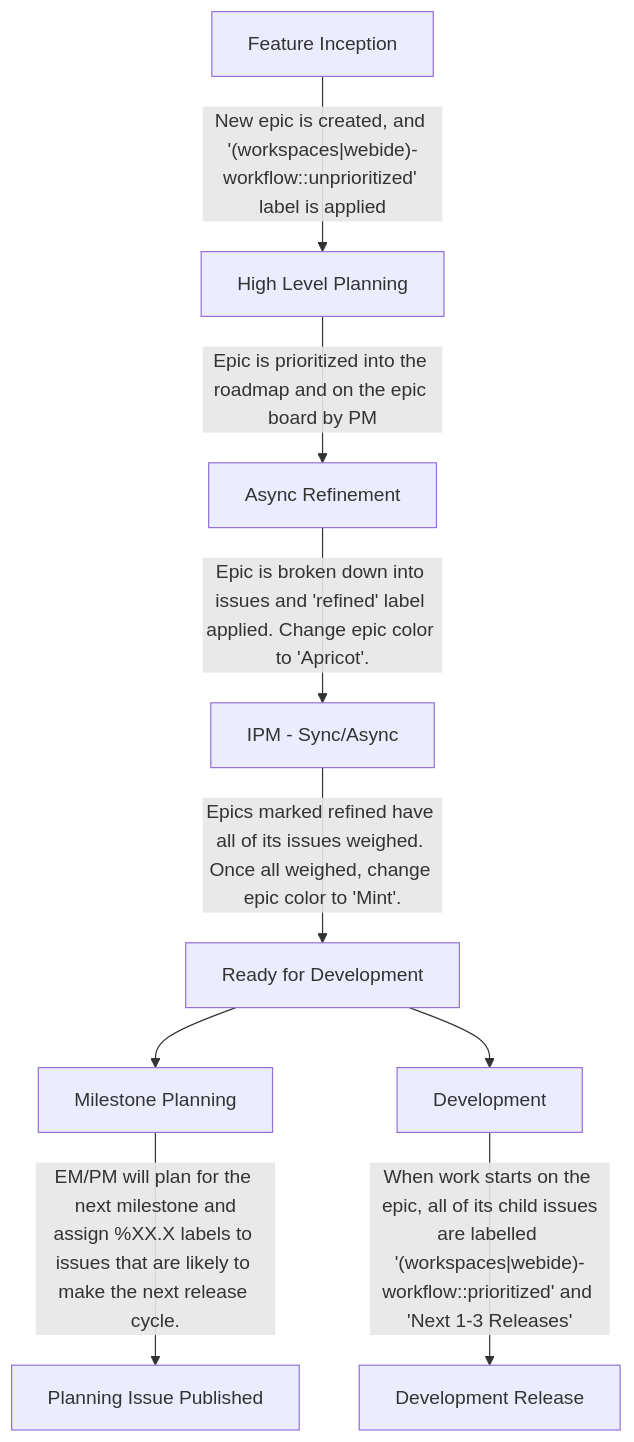
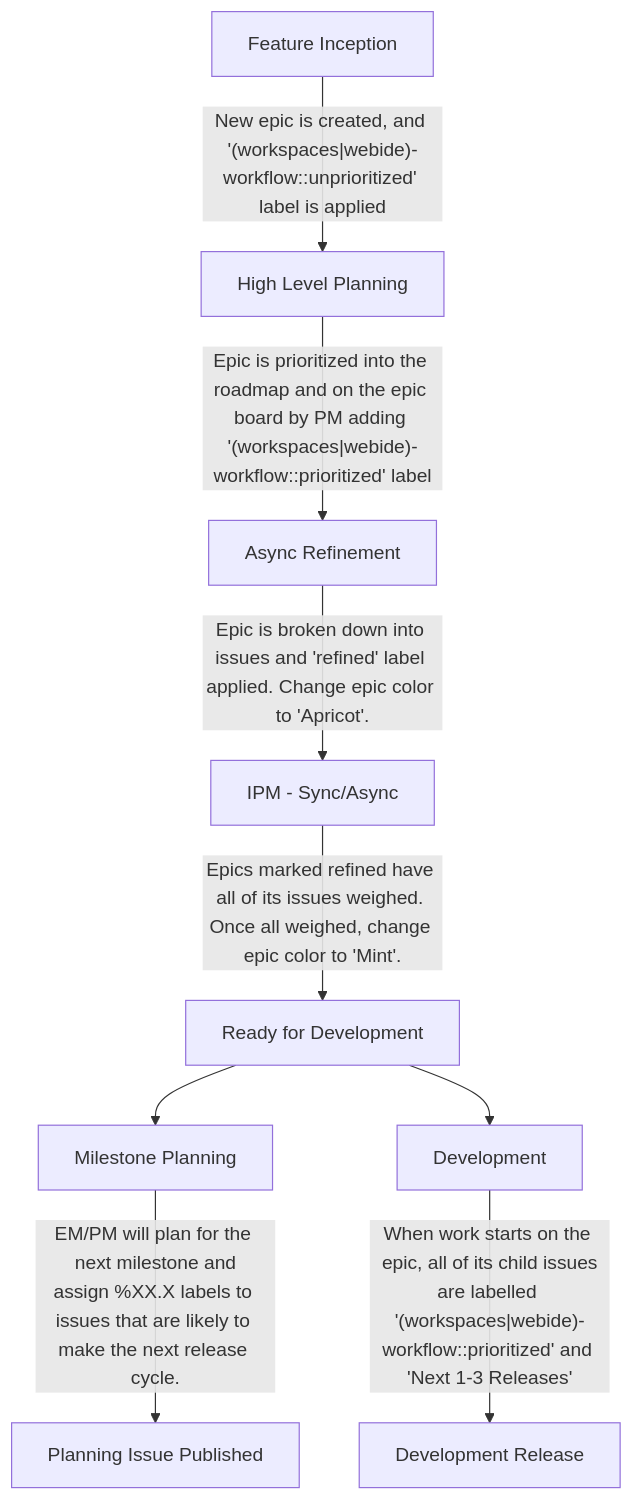
The diagram in content/handbook/engineering/development/dev/create/remote-development/_index.md (zalyoung/gitlab-handbook), drawn with Mermaid before and after one commit. The commit also changed other lines of this file, not shown here.

````diff
--- a/content/handbook/engineering/development/dev/create/remote-development/_index.md
+++ b/content/handbook/engineering/development/dev/create/remote-development/_index.md
@@ -206,14 +206,14 @@
 ```mermaid
 graph TD;
   S[Feature Inception] -->|"New epic is created, and '(workspaces|webide)-workflow::unprioritized' label is applied"| V[High Level Planning]
-  V -->|"Epic is prioritized into the roadmap and on the epic board by PM"| R[Async Refinement]
+  V -->|"Epic is prioritized into the roadmap and on the epic board by PM adding '(workspaces|webide)-workflow::prioritized' label "| R[Async Refinement]
   R -->|"Epic is broken down into issues and 'refined' label applied. Change epic color to 'Apricot'."| P[IPM - Sync/Async]
   P -->|"Epics marked refined have all of its issues weighed. Once all weighed, change epic color to 'Mint'."| I[Ready for Development]
   
   I --> N[Milestone Planning]
   I --> D[Development]
 
   N -->|"EM/PM will plan for the next milestone and\nassign %XX.X labels to issues that are likely to make the next release cycle."| E1[Planning Issue Published]
   D -->|"When work starts on the epic, all of its child issues\nare labelled '(workspaces|webide)-workflow::prioritized' and 'Next 1-3 Releases'"| E2[Development Release]
 
 ```
````
